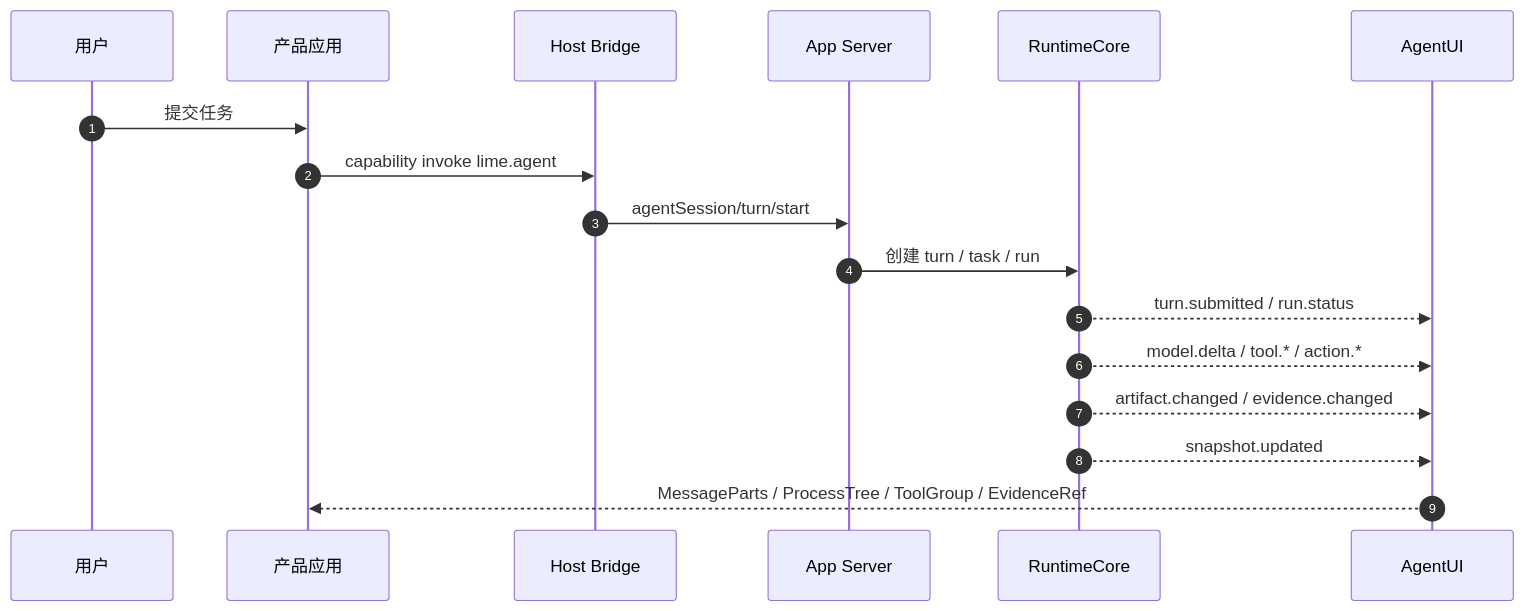
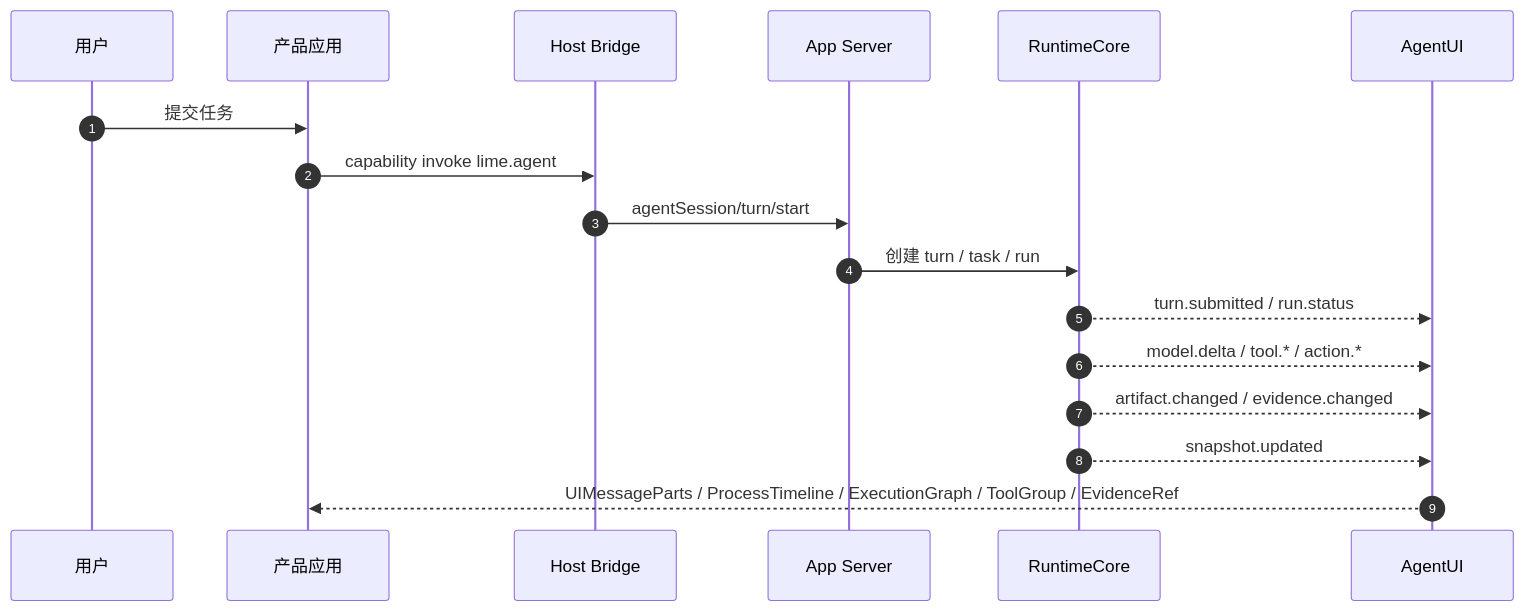
Before and after one commit to limecloud/lime-agent-workbench: the diagram in docs/introduction.md, drawn with Mermaid. The commit also changed other lines of this file and 36 other files, not shown here.

````diff
--- a/docs/introduction.md
+++ b/docs/introduction.md
@@ -107,20 +107,20 @@
 ```mermaid
 sequenceDiagram
   autonumber
   participant User as 用户
   participant App as 产品应用
   participant Host as Host Bridge
   participant Server as App Server
   participant Runtime as RuntimeCore
   participant UI as AgentUI
 
   User->>App: 提交任务
   App->>Host: capability invoke lime.agent
   Host->>Server: agentSession/turn/start
   Server->>Runtime: 创建 turn / task / run
   Runtime-->>UI: turn.submitted / run.status
   Runtime-->>UI: model.delta / tool.* / action.*
   Runtime-->>UI: artifact.changed / evidence.changed
   Runtime-->>UI: snapshot.updated
-  UI-->>App: MessageParts / ProcessTree / ToolGroup / EvidenceRef
+  UI-->>App: UIMessageParts / ProcessTimeline / ExecutionGraph / ToolGroup / EvidenceRef
 ```
````
